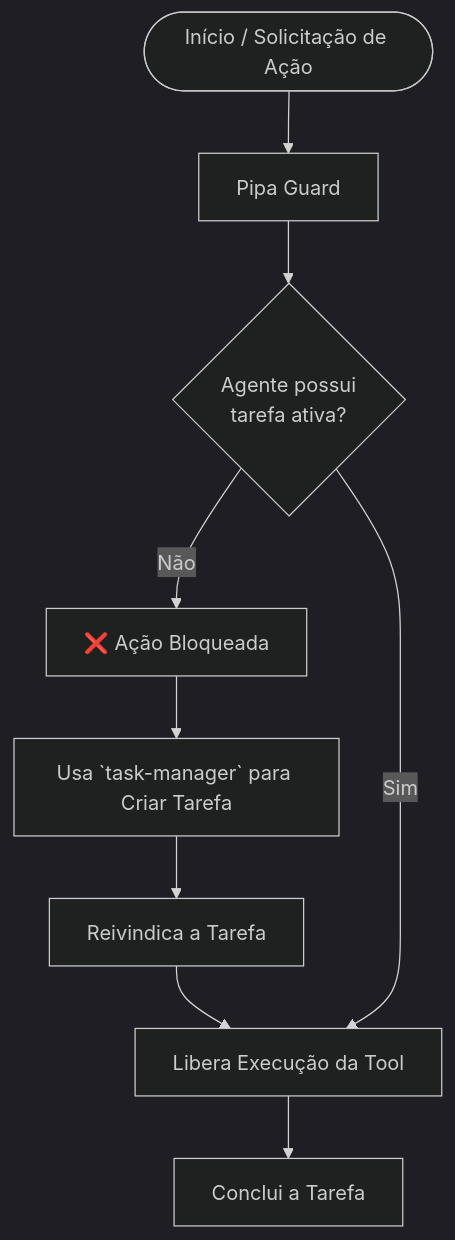
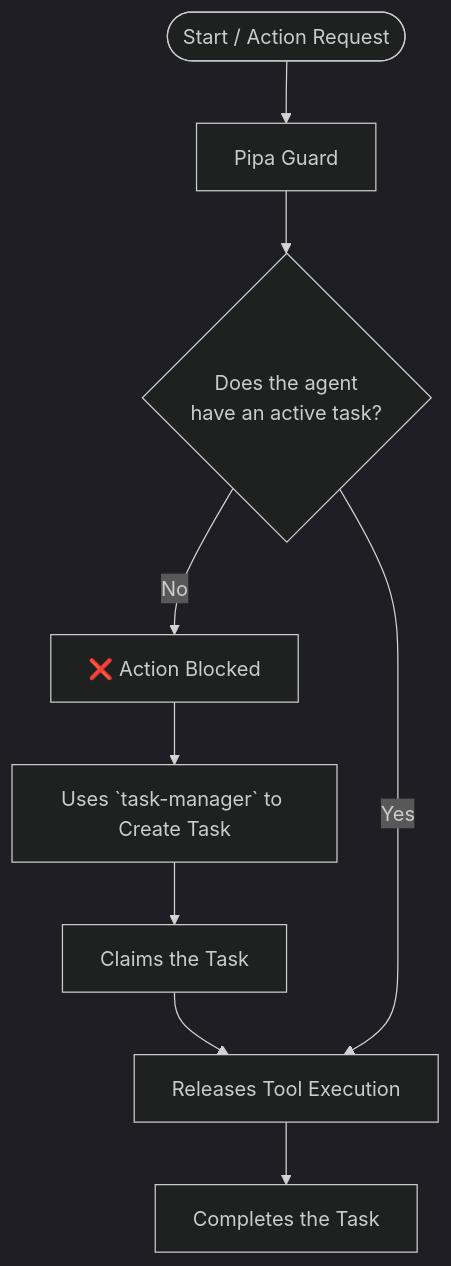
Before and after one commit to aelinrezende/pipa: the first of 2 diagrams in README.md, drawn with Mermaid (dark theme). The commit also changed other lines of this file and 2 other files, not shown here.

````diff
--- a/README.md
+++ b/README.md
@@ -25,11 +25,11 @@
 ```mermaid
 graph TD
-    Start([Início / Solicitação de Ação]) --> Guard[Pipa Guard]
-    Guard --> CheckTask{Agente possui<br>tarefa ativa?}
-    CheckTask -->|Não| Blocked[❌ Ação Bloqueada]
-    Blocked --> CreateTask[Usa `task-manager` para Criar Tarefa]
-    CreateTask --> ClaimTask[Reivindica a Tarefa]
-    ClaimTask --> Execute[Libera Execução da Tool]
-    CheckTask -->|Sim| Execute
-    Execute --> CompleteTask[Conclui a Tarefa]
+    Start([Start / Action Request]) --> Guard[Pipa Guard]
+    Guard --> CheckTask{Does the agent<br>have an active task?}
+    CheckTask -->|No| Blocked[❌ Action Blocked]
+    Blocked --> CreateTask[Uses `task-manager` to Create Task]
+    CreateTask --> ClaimTask[Claims the Task]
+    ClaimTask --> Execute[Releases Tool Execution]
+    CheckTask -->|Yes| Execute
+    Execute --> CompleteTask[Completes the Task]
 ```
````
